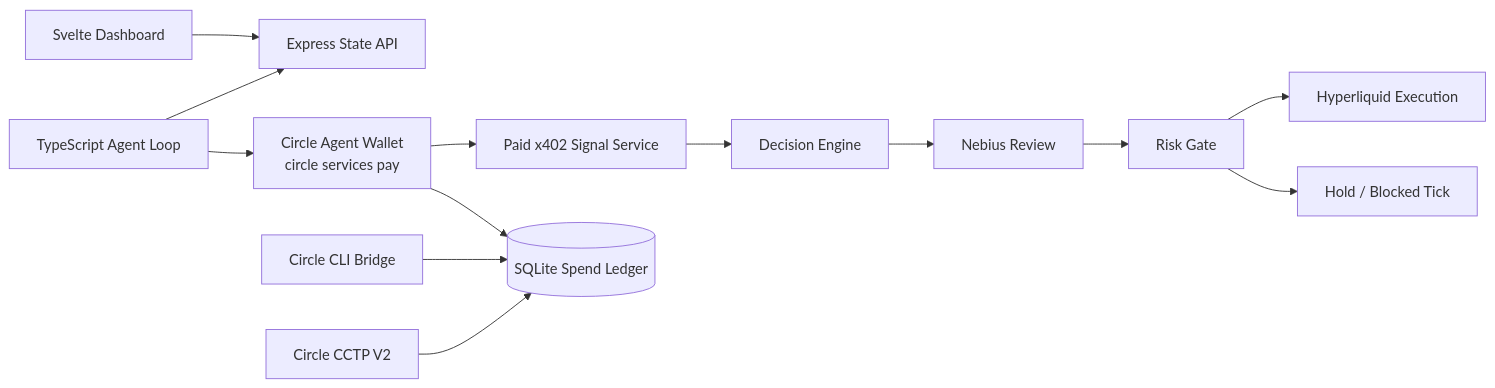
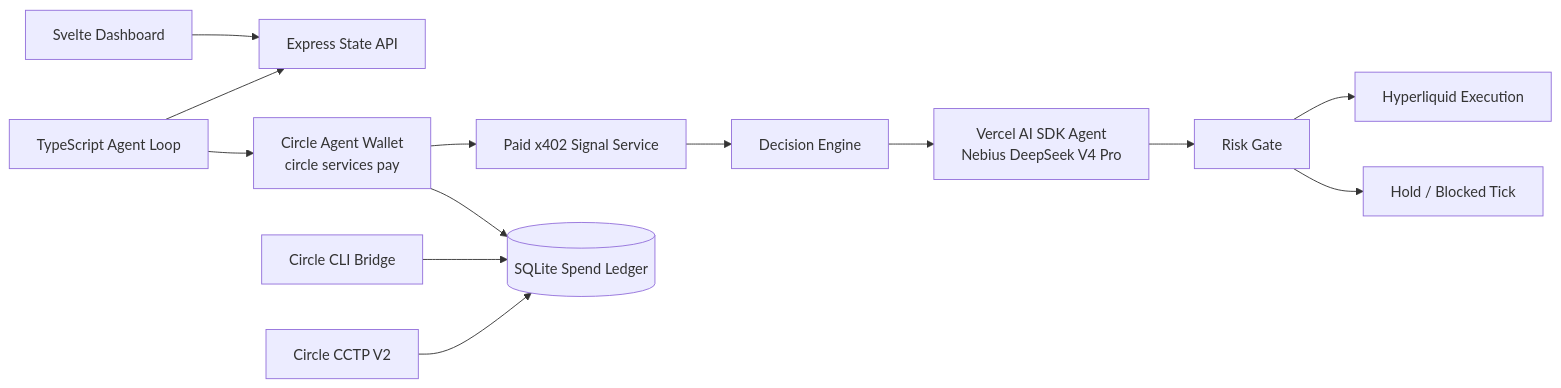
Before and after one commit to fozagtx/PolicyGate: the diagram in README.md, drawn with Mermaid. The commit also changed other lines of this file and 15 other files, not shown here.

Commit message:
Add AI SDK agent and Railway deployment

````diff
--- a/README.md
+++ b/README.md
@@ -9,15 +9,15 @@
 ```mermaid
 flowchart LR
   UI[Svelte Dashboard] --> API[Express State API]
   Loop[TypeScript Agent Loop] --> Pay[Circle Agent Wallet<br/>circle services pay]
   Pay --> Signal[Paid x402 Signal Service]
   Pay --> Ledger[(SQLite Spend Ledger)]
   Signal --> Decision[Decision Engine]
-  Decision --> Nebius[Nebius Review]
+  Decision --> Nebius[Vercel AI SDK Agent<br/>Nebius DeepSeek V4 Pro]
   Nebius --> Risk[Risk Gate]
   Risk --> HL[Hyperliquid Execution]
   Risk --> Hold[Hold / Blocked Tick]
   Loop --> API
   Bridge[Circle CLI Bridge] --> Ledger
   CCTP[Circle CCTP V2] --> Ledger
 ```
````
